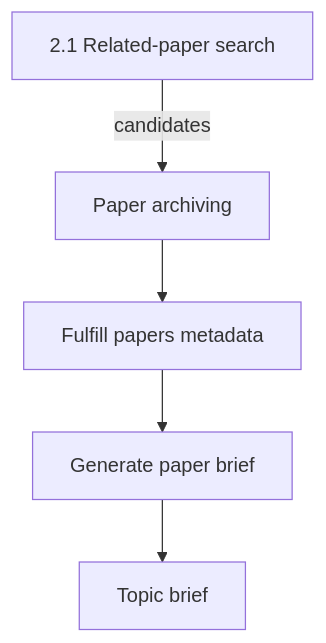
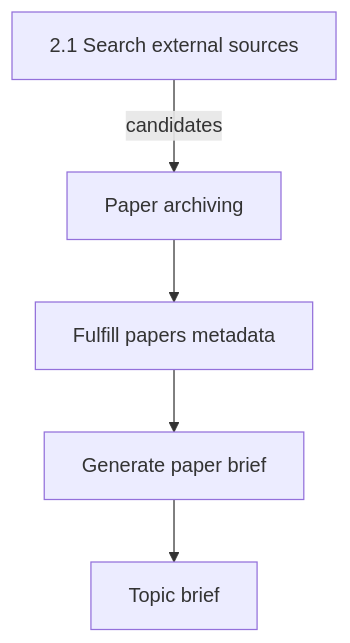
One commit to GustavoRusso/paper-reviewer changed the diagram in docs/specs/05-paper-archiving.md. Above: the diagram before and after it, drawn with Mermaid. The commit also changed other lines of this file and 41 other files, not shown here.

Commit message:
renames the workflow step 2.1: Related-paper search to "Search external sources" and the glossary term "Paper sources" to "External sources"

````diff
--- a/docs/specs/05-paper-archiving.md
+++ b/docs/specs/05-paper-archiving.md
@@ -49,12 +49,12 @@
 ```mermaid
 flowchart TB
-  search[2.1 Related-paper search]
+  search[2.1 Search external sources]
   archive[Paper archiving]
   fulfill[Fulfill papers metadata]
   briefs[Generate paper brief]
   topic[Topic brief]
   search -->|"candidates"| archive
   archive --> fulfill
   fulfill --> briefs
   briefs --> topic
 ```
````
